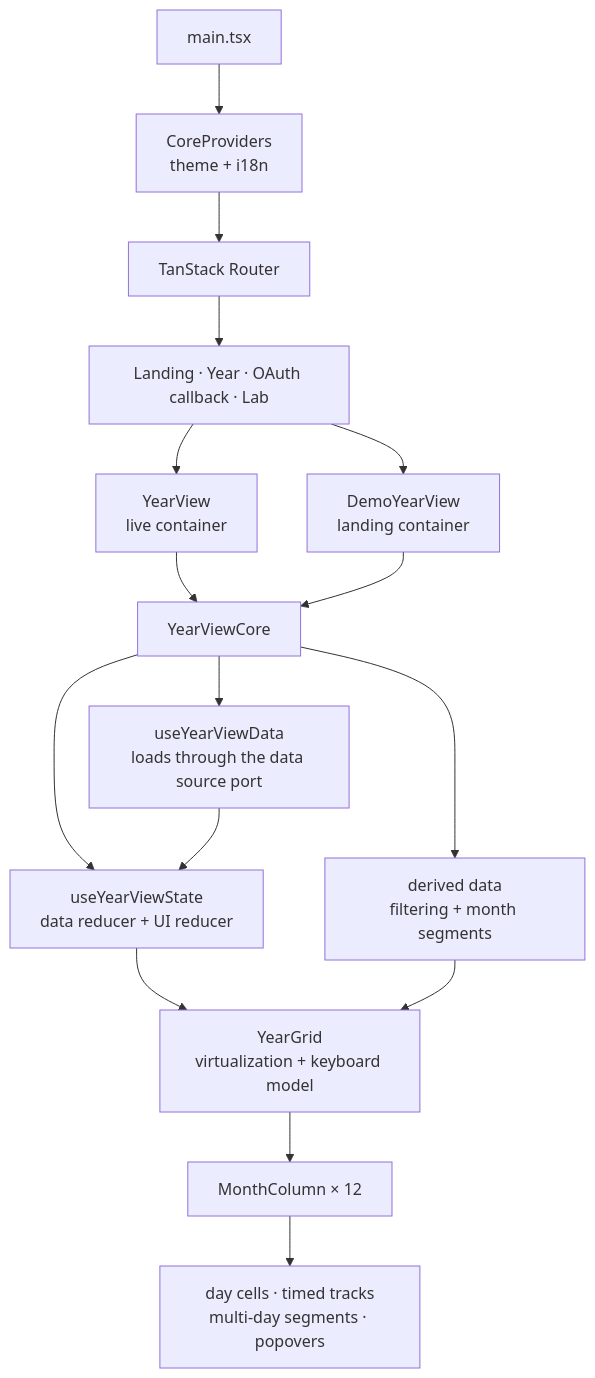
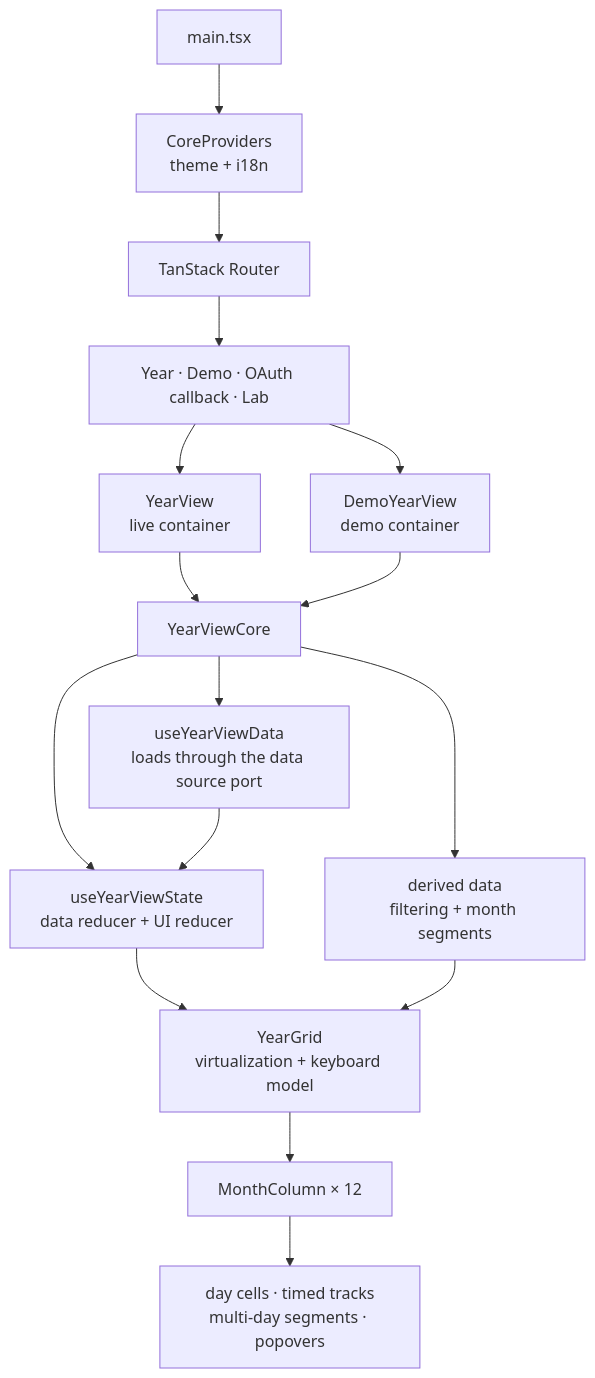
The fifth of 6 diagrams in docs/architecture.md (krmznkr/julian), drawn with Mermaid before and after one commit. The commit also changed other lines of this file and 81 other files, not shown here.

````diff
--- a/docs/architecture.md
+++ b/docs/architecture.md
@@ -153,26 +177,26 @@
 ```mermaid
 flowchart TD
   main["main.tsx"]
   providers["CoreProviders<br/>theme + i18n"]
   router["TanStack Router"]
-  routes["Landing · Year · OAuth callback · Lab"]
+  routes["Year · Demo · OAuth callback · Lab"]
   live["YearView<br/>live container"]
-  demo["DemoYearView<br/>landing container"]
+  demo["DemoYearView<br/>demo container"]
   core["YearViewCore"]
   state["useYearViewState<br/>data reducer + UI reducer"]
   data["useYearViewData<br/>loads through the data source port"]
   derived["derived data<br/>filtering + month segments"]
   grid["YearGrid<br/>virtualization + keyboard model"]
   columns["MonthColumn × 12"]
   layers["day cells · timed tracks<br/>multi-day segments · popovers"]
 
   main --> providers --> router --> routes
   routes --> live --> core
   routes --> demo --> core
   core --> state
   core --> data
   core --> derived
   state --> grid
   data --> state
   derived --> grid --> columns --> layers
 ```
````
